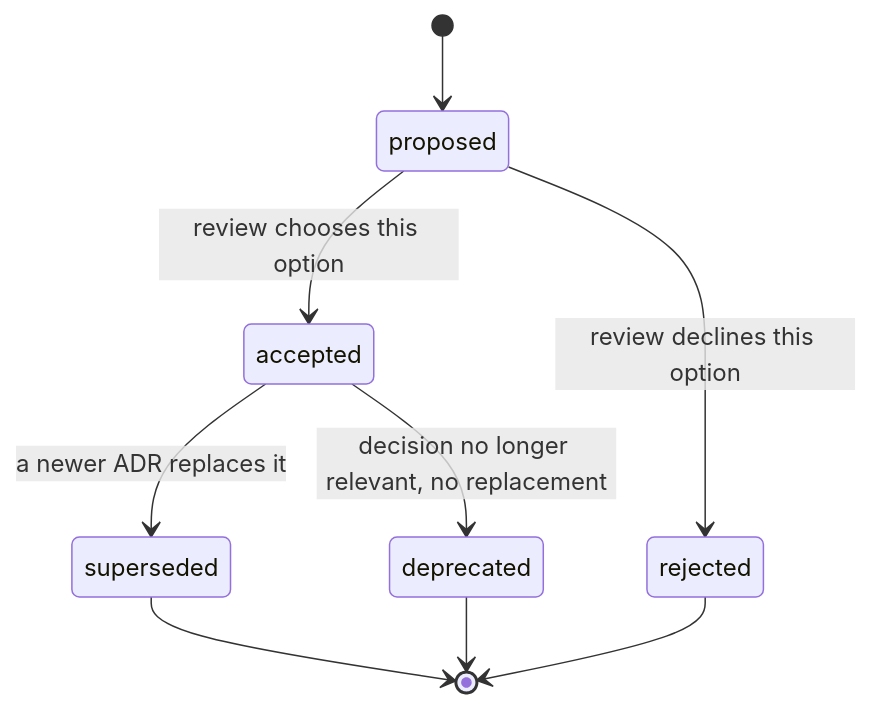
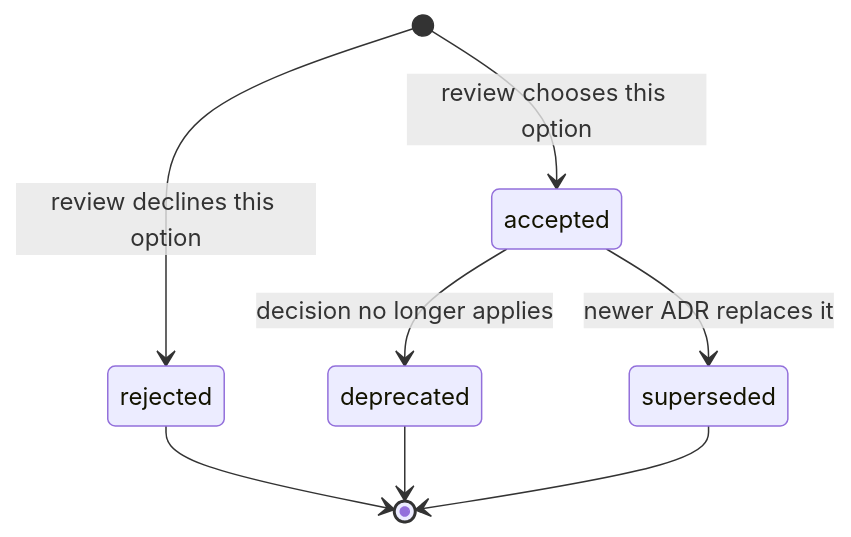
Before and after one commit to bsamiee/Rasm: the diagram in docs/standards/explanation/adr.md, drawn with Mermaid. The commit also changed other lines of this file and 20 other files, not shown here.

````diff
--- a/docs/standards/explanation/adr.md
+++ b/docs/standards/explanation/adr.md
@@ -71,11 +72,10 @@
 ```mermaid conceptual
 stateDiagram-v2
-    [*] --> proposed
-    proposed --> accepted: review chooses this option
-    proposed --> rejected: review declines this option
-    accepted --> deprecated: decision no longer relevant, no replacement
-    accepted --> superseded: a newer ADR replaces it
+    [*] --> accepted: review chooses this option
+    [*] --> rejected: review declines this option
+    accepted --> deprecated: decision no longer applies
+    accepted --> superseded: newer ADR replaces it
+    rejected --> [*]
+    deprecated --> [*]
     superseded --> [*]
-    deprecated --> [*]
-    rejected --> [*]
 ```
````
